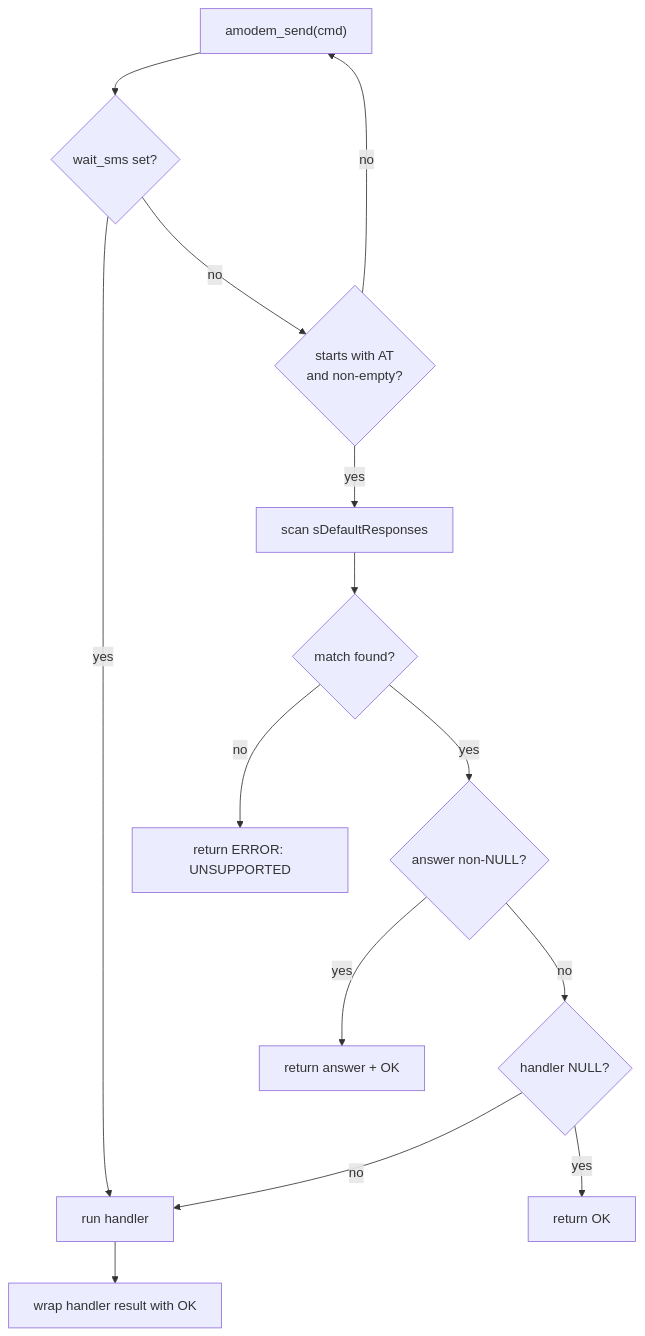
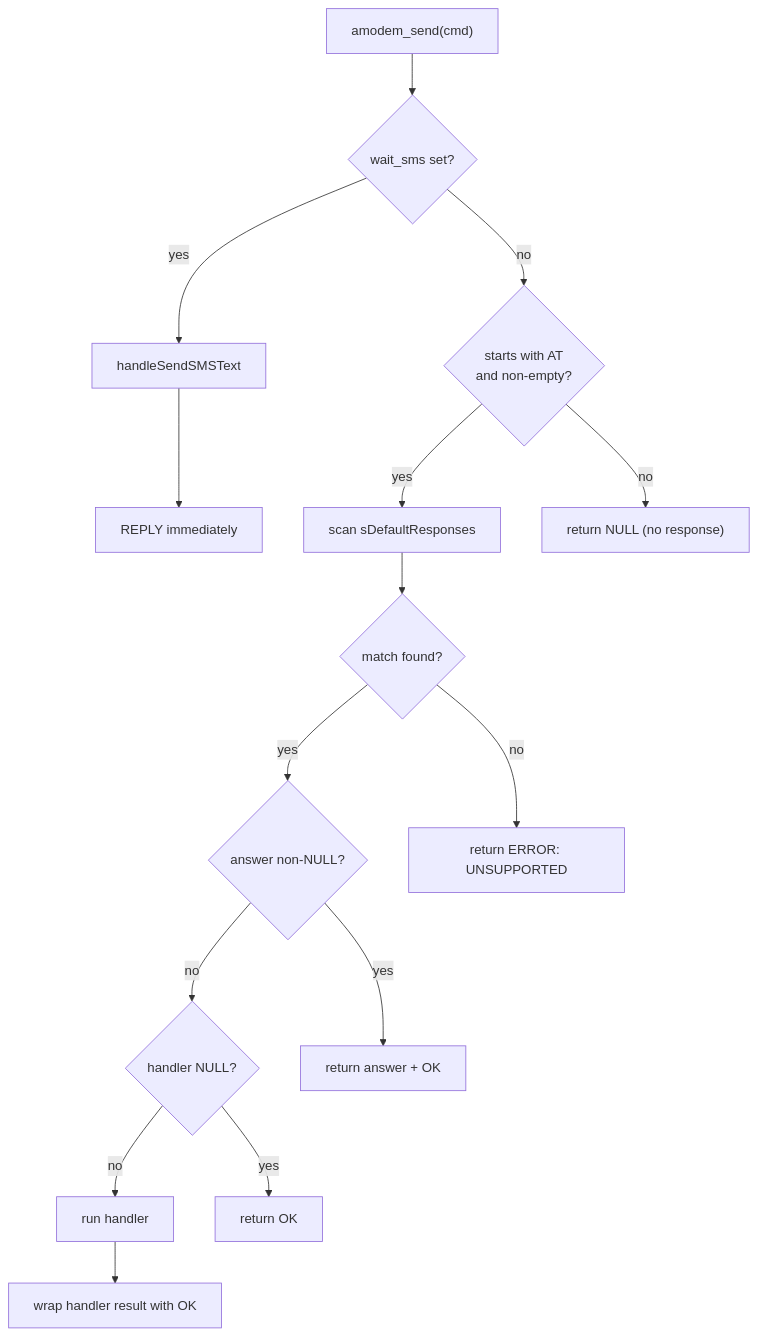
One commit to aospbooks/android-emulator-internal-book changed the second of 6 diagrams in 21-modem-telephony.md. Above: the diagram before and after it, drawn with Mermaid. The commit also changed other lines of this file and 31 other files, not shown here.

````diff
--- a/21-modem-telephony.md
+++ b/21-modem-telephony.md
@@ -130,29 +130,33 @@
 ```mermaid
 flowchart TD
     START["amodem_send(cmd)"]
     WAITSMS{"wait_sms set?"}
+    RUNH_SMS["handleSendSMSText"]
+    REPLY_SMS["REPLY immediately"]
     PFX{"starts with AT<br/>and non-empty?"}
     SCAN["scan sDefaultResponses"]
     FOUND{"match found?"}
     ANS{"answer non-NULL?"}
     HND{"handler NULL?"}
     RUNH["run handler"]
     ERR["return ERROR: UNSUPPORTED"]
     CANNED["return answer + OK"]
     OKONLY["return OK"]
     WRAP["wrap handler result with OK"]
+    RET_NULL["return NULL (no response)"]
 
     START --> WAITSMS
-    WAITSMS -->|yes| RUNH
+    WAITSMS -->|yes| RUNH_SMS
+    RUNH_SMS --> REPLY_SMS
     WAITSMS -->|no| PFX
-    PFX -->|no| START
+    PFX -->|no| RET_NULL
     PFX -->|yes| SCAN
     SCAN --> FOUND
     FOUND -->|no| ERR
     FOUND -->|yes| ANS
     ANS -->|yes| CANNED
     ANS -->|no| HND
     HND -->|yes| OKONLY
     HND -->|no| RUNH
     RUNH --> WRAP
 ```
````
